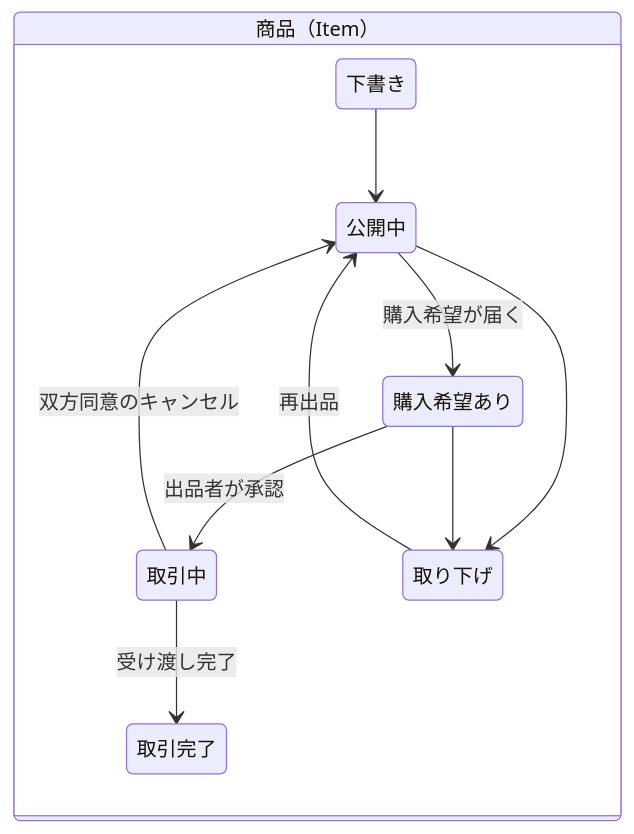
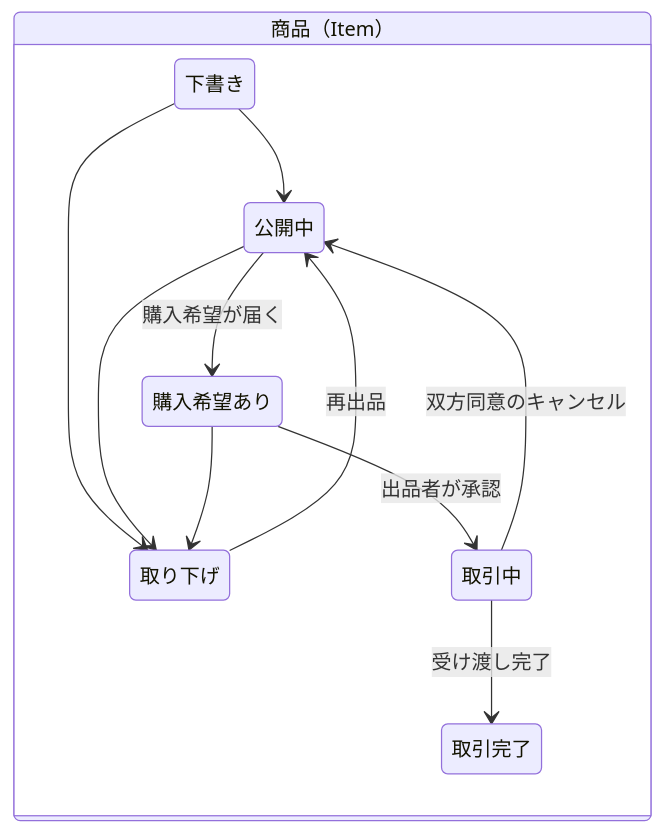
The second of 3 diagrams in docs/product/05-deal-flow.md (takuma0403/osagari_web), drawn with Mermaid before and after one commit. The commit also changed other lines of this file and 6 other files, not shown here.

````diff
--- a/docs/product/05-deal-flow.md
+++ b/docs/product/05-deal-flow.md
@@ -32,14 +32,15 @@
 ```mermaid
 stateDiagram-v2
   direction LR
   state "商品（Item）" as Item {
     下書き --> 公開中
+    下書き --> 取り下げ
     公開中 --> 購入希望あり: 購入希望が届く
     購入希望あり --> 取引中: 出品者が承認
     取引中 --> 取引完了: 受け渡し完了
     取引中 --> 公開中: 双方同意のキャンセル
     公開中 --> 取り下げ
     購入希望あり --> 取り下げ
     取り下げ --> 公開中: 再出品
   }
 ```
````
